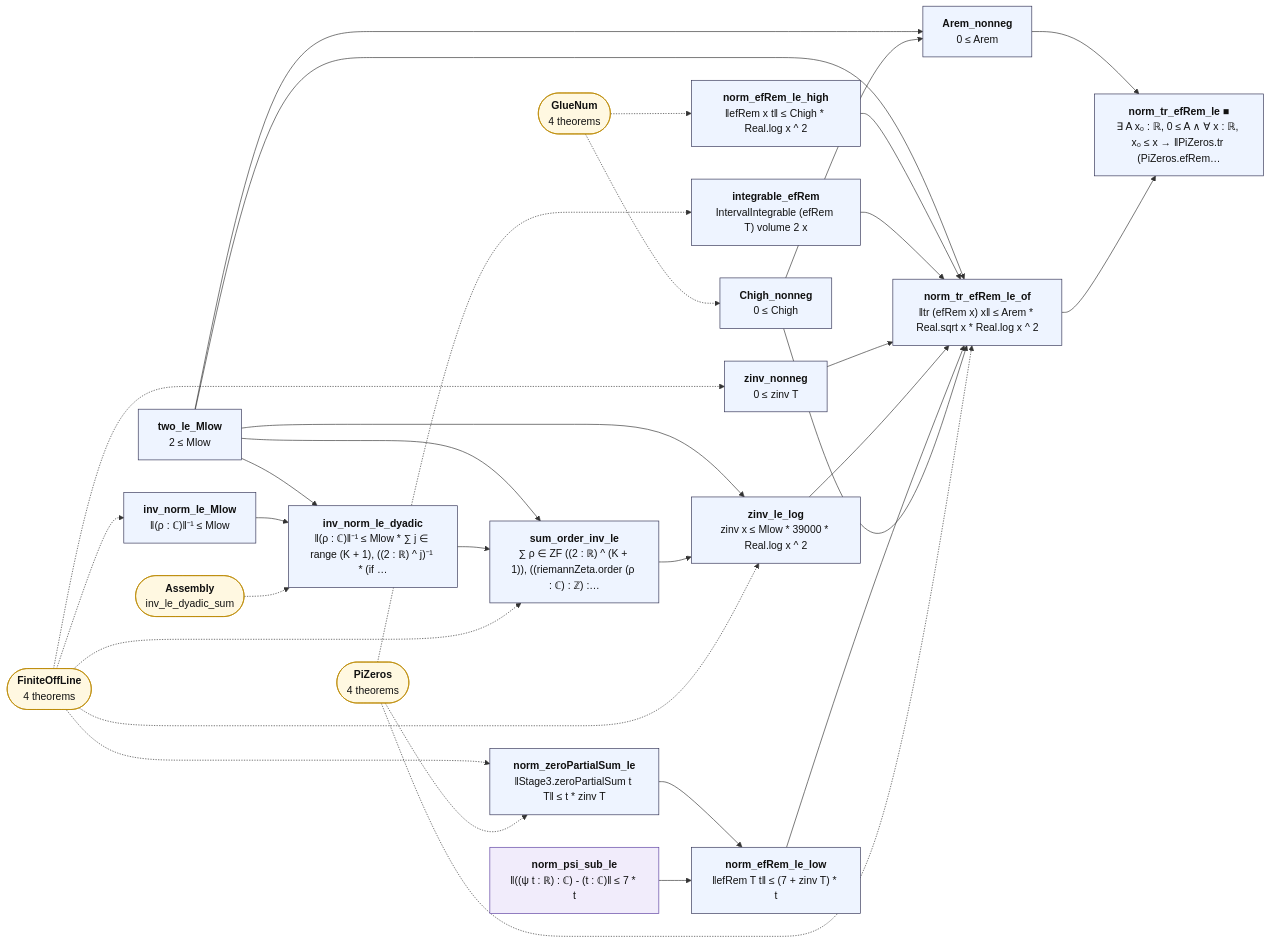
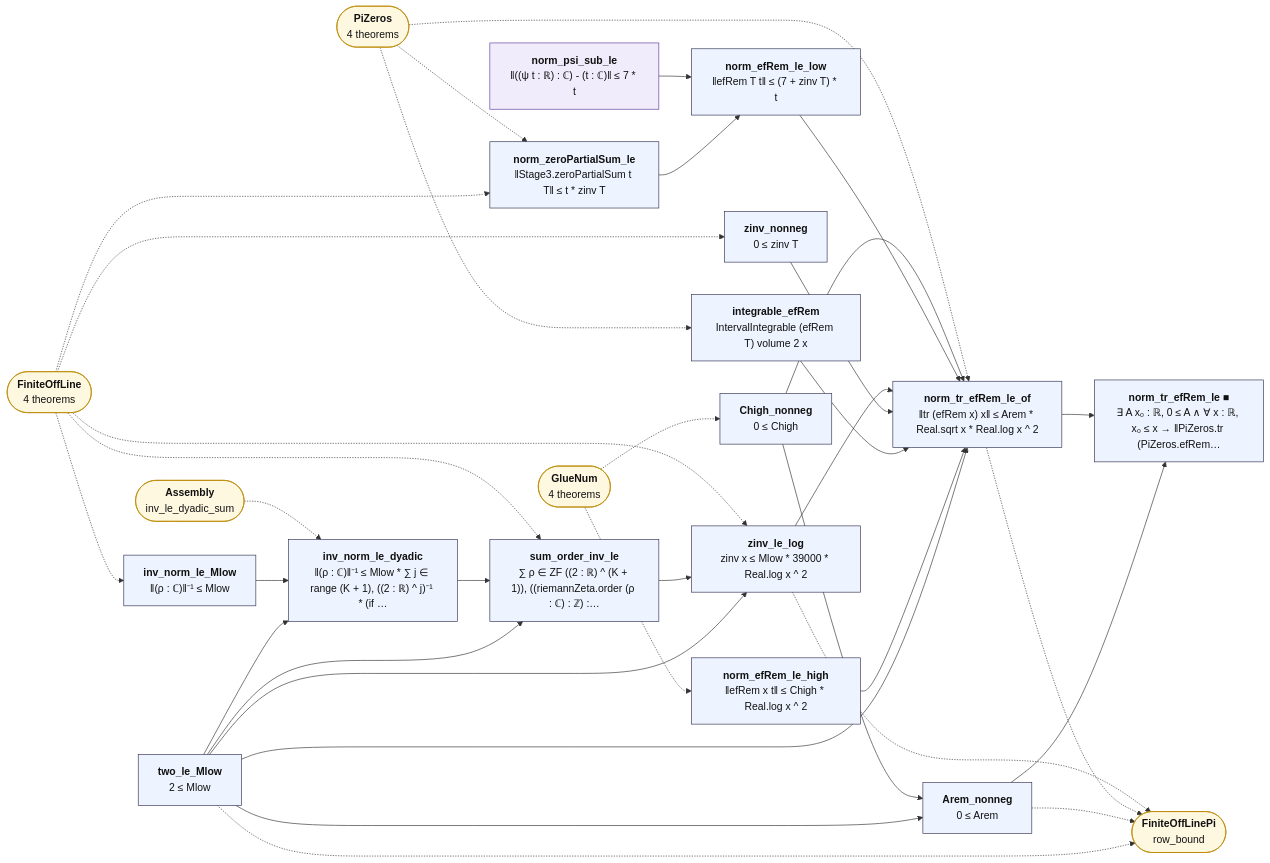
The diagram in map/lean_stage3/PiRemainder.md (juliansambranojr/Primebeat_081426), drawn with Mermaid before and after one commit. The commit also changed other lines of this file and 44 other files, not shown here.

First line of the commit message:
J10e: finitely many zeros off the line, on the prime count at the doublings (unit 0445)

````diff
--- a/map/lean_stage3/PiRemainder.md
+++ b/map/lean_stage3/PiRemainder.md
@@ -12,60 +12,65 @@
 ```mermaid
 flowchart LR
   n0["<b>two_le_Mlow</b><br/>2 ≤ Mlow"]:::thm
   n1["<b>inv_norm_le_Mlow</b><br/>‖(ρ : ℂ)‖⁻¹ ≤ Mlow"]:::thm
   n2["<b>inv_norm_le_dyadic</b><br/>‖(ρ : ℂ)‖⁻¹ ≤ Mlow * ∑ j ∈ range (K + 1), ((2 : ℝ) ^ j)⁻¹ * (if …"]:::thm
   n3["<b>sum_order_inv_le</b><br/>∑ ρ ∈ ZF ((2 : ℝ) ^ (K + 1)), ((riemannZeta.order (ρ : ℂ) : ℤ) :…"]:::thm
   n4["<b>zinv_nonneg</b><br/>0 ≤ zinv T"]:::thm
   n5["<b>zinv_le_log</b><br/>zinv x ≤ Mlow * 39000 * Real.log x ^ 2"]:::thm
   n6["<b>norm_zeroPartialSum_le</b><br/>‖Stage3.zeroPartialSum t T‖ ≤ t * zinv T"]:::thm
   n7["<b>norm_psi_sub_le</b><br/>‖((ψ t : ℝ) : ℂ) - (t : ℂ)‖ ≤ 7 * t"]:::shp
   n8["<b>norm_efRem_le_low</b><br/>‖efRem T t‖ ≤ (7 + zinv T) * t"]:::thm
   n9["<b>Chigh_nonneg</b><br/>0 ≤ Chigh"]:::thm
   n10["<b>norm_efRem_le_high</b><br/>‖efRem x t‖ ≤ Chigh * Real.log x ^ 2"]:::thm
   n11["<b>integrable_efRem</b><br/>IntervalIntegrable (efRem T) volume 2 x"]:::thm
   n12["<b>Arem_nonneg</b><br/>0 ≤ Arem"]:::thm
   n13["<b>norm_tr_efRem_le_of</b><br/>‖tr (efRem x) x‖ ≤ Arem * Real.sqrt x * Real.log x ^ 2"]:::thm
   n14["<b>norm_tr_efRem_le ■</b><br/>∃ A x₀ : ℝ, 0 ≤ A ∧ ∀ x : ℝ, x₀ ≤ x → ‖PiZeros.tr (PiZeros.efRem…"]:::thm
-  x0(["<b>FiniteOffLine</b><br/>4 theorems"]):::ext
-  x1(["<b>Assembly</b><br/>inv_le_dyadic_sum"]):::ext
-  x2(["<b>PiZeros</b><br/>4 theorems"]):::ext
-  x3(["<b>GlueNum</b><br/>4 theorems"]):::ext
+  x0(["<b>FiniteOffLinePi</b><br/>row_bound"]):::ext
+  x1(["<b>FiniteOffLine</b><br/>4 theorems"]):::ext
+  x2(["<b>Assembly</b><br/>inv_le_dyadic_sum"]):::ext
+  x3(["<b>PiZeros</b><br/>4 theorems"]):::ext
+  x4(["<b>GlueNum</b><br/>4 theorems"]):::ext
   n0 --> n12
   n0 --> n13
   n0 --> n2
   n0 --> n3
   n0 --> n5
   n1 --> n2
   n10 --> n13
   n11 --> n13
   n12 --> n14
   n13 --> n14
   n2 --> n3
   n3 --> n5
   n4 --> n13
   n5 --> n13
   n6 --> n8
   n7 --> n8
   n8 --> n13
   n9 --> n12
   n9 --> n13
-  x0 -.-> n1
-  x0 -.-> n3
-  x0 -.-> n4
-  x0 -.-> n5
-  x0 -.-> n6
-  x1 -.-> n2
-  x2 -.-> n11
-  x2 -.-> n13
-  x2 -.-> n6
-  x3 -.-> n10
-  x3 -.-> n9
+  n0 -.-> x0
+  n12 -.-> x0
+  n13 -.-> x0
+  n5 -.-> x0
+  x1 -.-> n1
+  x1 -.-> n3
+  x1 -.-> n4
+  x1 -.-> n5
+  x1 -.-> n6
+  x2 -.-> n2
+  x3 -.-> n11
+  x3 -.-> n13
+  x3 -.-> n6
+  x4 -.-> n10
+  x4 -.-> n9
   classDef cnt fill:#dff5ec,stroke:#17694a,color:#111
   classDef shp fill:#f1ecfb,stroke:#5b3fa0,color:#111
   classDef rh fill:#ffe5e5,stroke:#c22,color:#111,stroke-width:2px
   classDef thm fill:#eef4ff,stroke:#335,color:#111
   classDef end_ fill:#e7f7e7,stroke:#2a7,color:#111,stroke-width:2px
   classDef lone fill:#fff,stroke:#999,color:#111,stroke-dasharray:4 3
   classDef bad fill:#ffe5e5,stroke:#c22,color:#111,stroke-width:2px
   classDef ext fill:#fff8e1,stroke:#b80,color:#111
 ```
````
